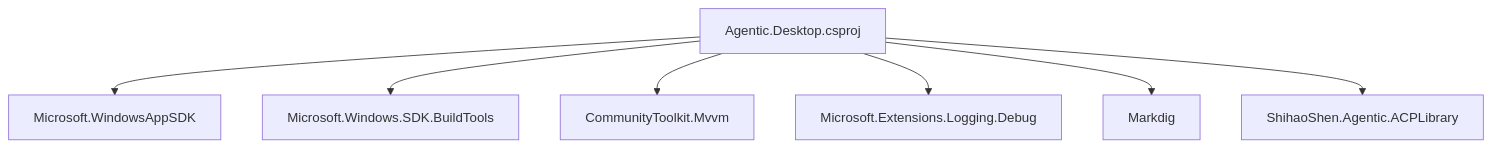
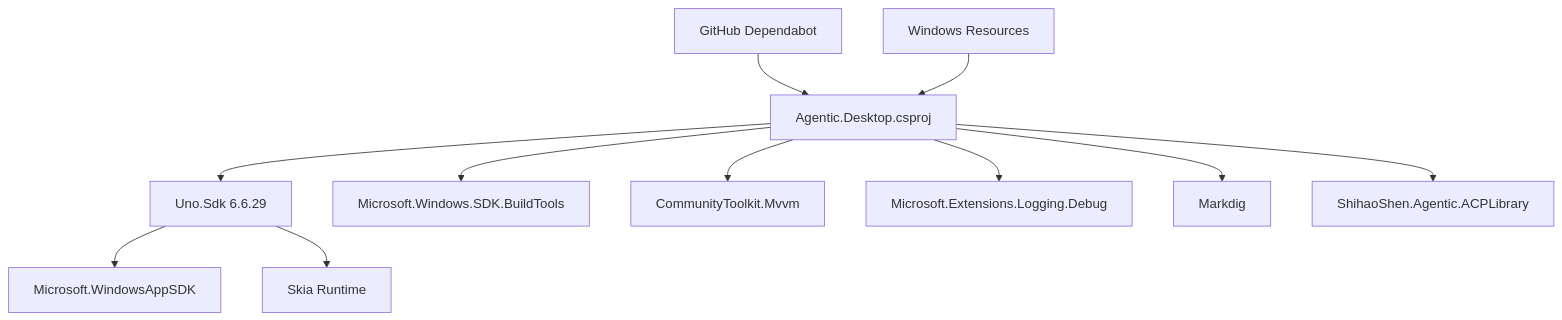
Before and after one commit to AgenticDesktop/App: diagram 12 of 12 in .qoder/repowiki/en/content/Configuration and Deployment.md, drawn with Mermaid. The commit also changed other lines of this file and 108 other files, not shown here.

First line of the commit message:
Add support for Uno Desktop and WinUI 3 build scripts

````diff
--- a/.qoder/repowiki/en/content/Configuration and Deployment.md
+++ b/.qoder/repowiki/en/content/Configuration and Deployment.md
@@ -337,16 +508,24 @@
 ```mermaid
 graph TB
 CSProj["Agentic.Desktop.csproj"]
+UnoSDK["Uno.Sdk 6.6.29"]
 WinAppSDK["Microsoft.WindowsAppSDK"]
 BuildTools["Microsoft.Windows.SDK.BuildTools"]
 MVVM["CommunityToolkit.Mvvm"]
 Logging["Microsoft.Extensions.Logging.Debug"]
 Markdig["Markdig"]
 ACPLib["ShihaoShen.Agentic.ACPLibrary"]
-CSProj --> WinAppSDK
+Skia["Skia Runtime"]
+Dependabot["GitHub Dependabot"]
+Localization["Windows Resources"]
+CSProj --> UnoSDK
+UnoSDK --> WinAppSDK
+UnoSDK --> Skia
 CSProj --> BuildTools
 CSProj --> MVVM
 CSProj --> Logging
 CSProj --> Markdig
 CSProj --> ACPLib
+Dependabot --> CSProj
+Localization --> CSProj
 ```
````
